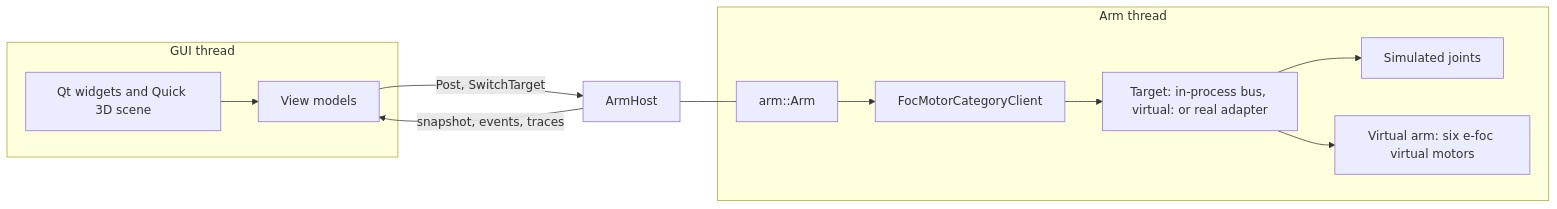
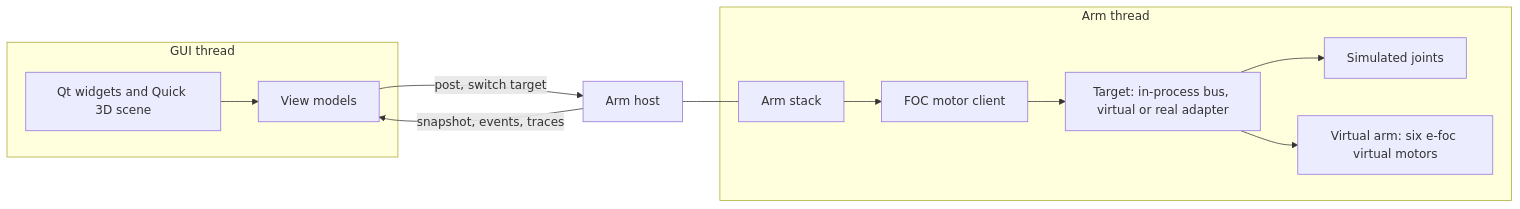
Before and after one commit to embedded-pro/e-robot-arm: the third of 3 diagrams in documentation/design/simulator.md, drawn with Mermaid. The commit also changed other lines of this file and 13 other files, not shown here.

````diff
--- a/documentation/design/simulator.md
+++ b/documentation/design/simulator.md
@@ -391,15 +430,15 @@
 ```mermaid
 flowchart LR
     subgraph GUI thread
-        W[Qt widgets and Quick 3D scene] --> VM[View models]
+        W["Qt widgets and Quick 3D scene"] --> VM["View models"]
     end
     subgraph Arm thread
-        AR[arm::Arm] --> C[FocMotorCategoryClient]
-        C --> T[Target: in-process bus, virtual: or real adapter]
-        T --> SJ[Simulated joints]
-        T --> VA[Virtual arm: six e-foc virtual motors]
+        AR["Arm stack"] --> C["FOC motor client"]
+        C --> T["Target: in-process bus, virtual or real adapter"]
+        T --> SJ["Simulated joints"]
+        T --> VA["Virtual arm: six e-foc virtual motors"]
     end
-    VM -- Post, SwitchTarget --> H[ArmHost]
-    H -- snapshot, events, traces --> VM
+    VM -- "post, switch target" --> H["Arm host"]
+    H -- "snapshot, events, traces" --> VM
     H --- AR
 ```
````
